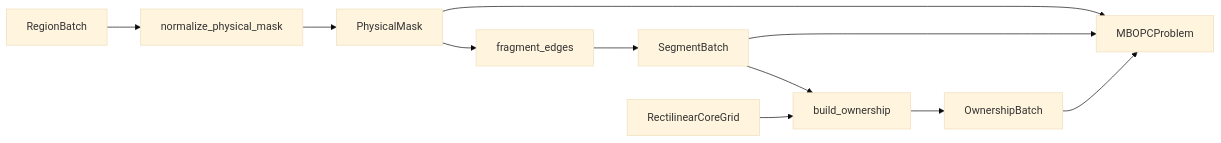
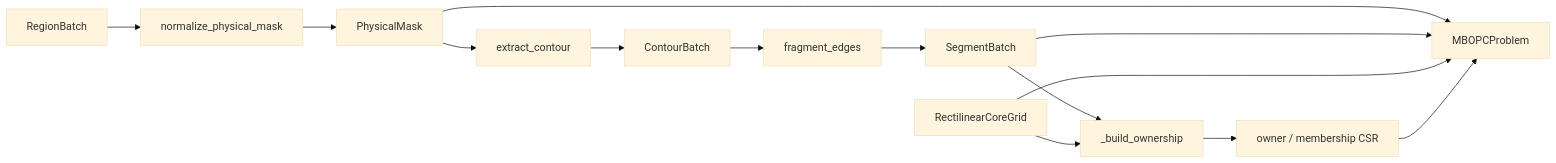
Before and after one commit to Eve429/MyOPC: the third of 9 diagrams in doc/function_call_architecture.md, drawn with Mermaid (base theme). The commit also changed other lines of this file and 20 other files, not shown here.

````diff
--- a/doc/function_call_architecture.md
+++ b/doc/function_call_architecture.md
@@ -53,13 +53,16 @@
 ```mermaid
 flowchart LR
     A[RegionBatch] --> B[normalize_physical_mask]
     B --> C[PhysicalMask]
-    C --> D[fragment_edges]
-    D --> E[SegmentBatch]
-    E --> F[build_ownership]
-    G[RectilinearCoreGrid] --> F
-    F --> H[OwnershipBatch]
-    C --> I[MBOPCProblem]
-    E --> I
-    H --> I
+    C --> D[extract_contour]
+    D --> E[ContourBatch]
+    E --> F[fragment_edges]
+    F --> G[SegmentBatch]
+    G --> H[_build_ownership]
+    I[RectilinearCoreGrid] --> H
+    H --> J[owner / membership CSR]
+    C --> K[MBOPCProblem]
+    G --> K
+    I --> K
+    J --> K
 ```
````
